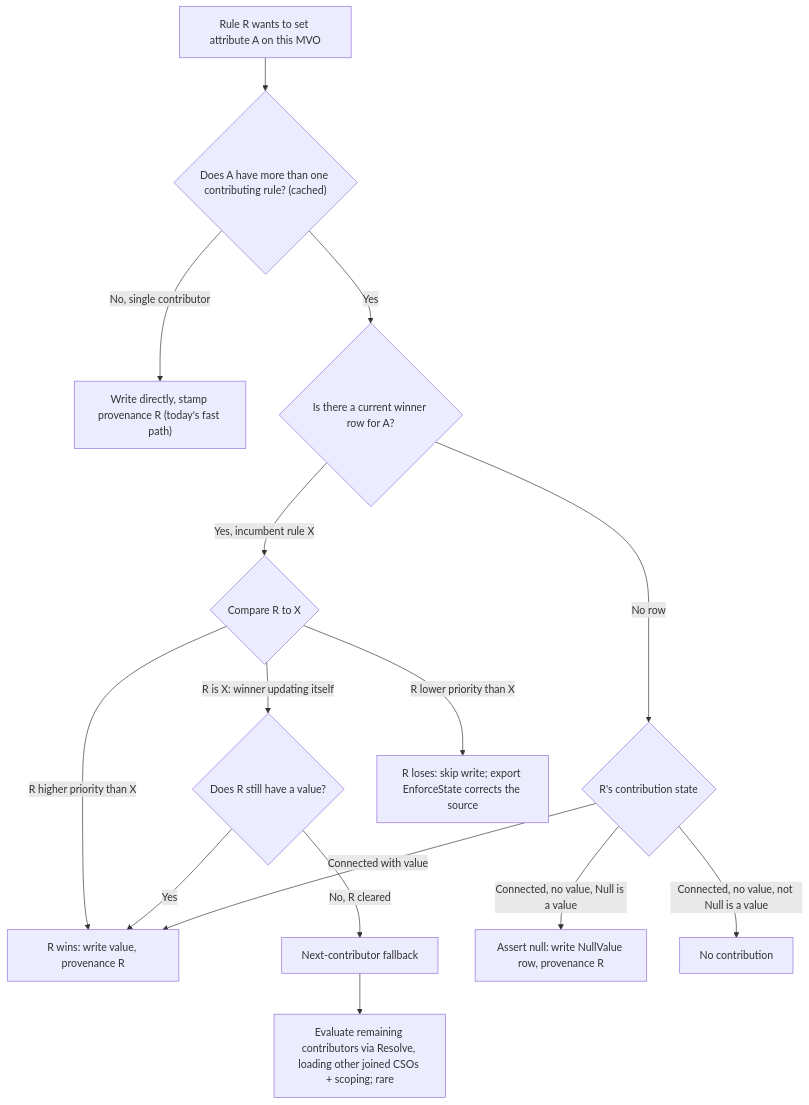
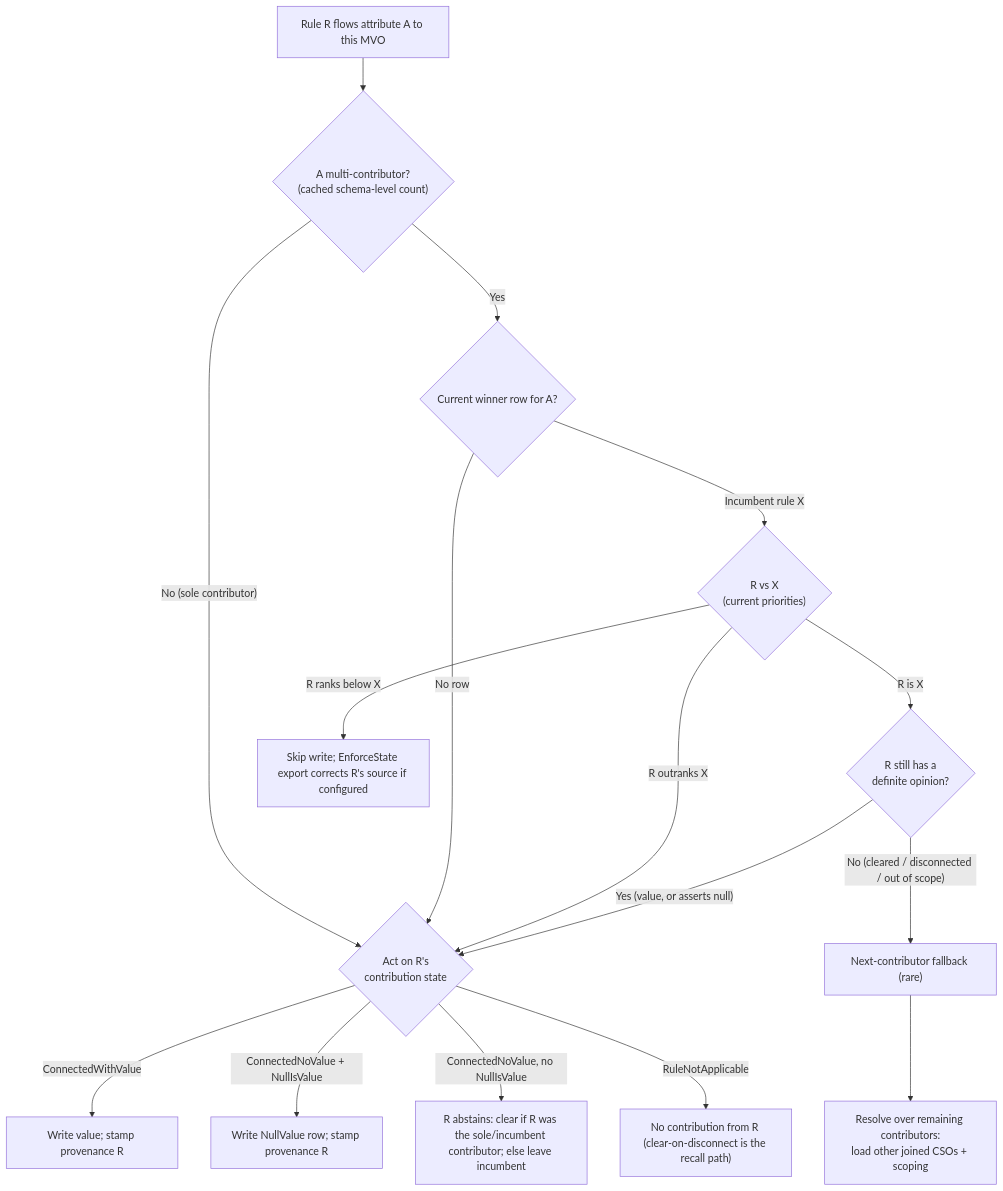
The third of 4 diagrams in engineering/plans/doing/ATTRIBUTE_PRIORITY.md (TetronIO/JIM), drawn with Mermaid before and after one commit. The commit also changed other lines of this file, not shown here.

Commit message:
Attribute priority (#91): correct Phase 2 decision-tree (tri-state on every winner branch)
Max-effort re-read of the engine-integration design surfaced a correctness
gap in the per-contribution decision tree: it dispatched on the value /
assert-null / abstain tri-state only on the 'no incumbent row' branch, while
the single-contributor and 'R outranks incumbent' branches assumed R had a
value. That silently drops the headline 'clears must propagate' case, where a
higher-priority NullIsValue assertion must overwrite a lower-priority incumbent
value with a NullValue row.

Refactor the diagram around a single ACT node that applies outcome semantics
for every winner path, and make explicit that priority comparison decides only
whether R wins while R's tri-state decides what winning writes (the invariant
that keeps the inline fast path equivalent to AttributePriorityService.Resolve).
Also: add incumbent rule/mapping deletion as a fallback trigger; note the
within-run eventual-consistency of the fallback; soften the perf claims
(single-contributor still stamps provenance; rare retraction can add a
transient write).

Claude-Session: https://claude.ai/code/session_012CKHnGWzwstb6GiJF1RCky

````diff
--- a/engineering/plans/doing/ATTRIBUTE_PRIORITY.md
+++ b/engineering/plans/doing/ATTRIBUTE_PRIORITY.md
@@ -502,17 +502,18 @@
 ```mermaid
 flowchart TD
-    S["Rule R wants to set attribute A on this MVO"] --> M{"Does A have more than one contributing rule? (cached)"}
-    M -- "No, single contributor" --> W["Write directly, stamp provenance R (today's fast path)"]
-    M -- "Yes" --> I{"Is there a current winner row for A?"}
-    I -- "No row" --> RC{"R's contribution state"}
-    I -- "Yes, incumbent rule X" --> CMP{"Compare R to X"}
-    CMP -- "R is X: winner updating itself" --> RU{"Does R still have a value?"}
-    CMP -- "R higher priority than X" --> RWIN["R wins: write value, provenance R"]
-    CMP -- "R lower priority than X" --> RLOSE["R loses: skip write; export EnforceState corrects the source"]
-    RU -- "Yes" --> RWIN
-    RU -- "No, R cleared" --> FB["Next-contributor fallback"]
-    RC -- "Connected with value" --> RWIN
-    RC -- "Connected, no value, Null is a value" --> AN["Assert null: write NullValue row, provenance R"]
-    RC -- "Connected, no value, not Null is a value" --> NOOP["No contribution"]
-    FB --> RES["Evaluate remaining contributors via Resolve, loading other joined CSOs + scoping; rare"]
+    S["Rule R flows attribute A to this MVO"] --> M{"A multi-contributor?<br/>(cached schema-level count)"}
+    M -- "No (sole contributor)" --> ACT
+    M -- "Yes" --> I{"Current winner row for A?"}
+    I -- "No row" --> ACT
+    I -- "Incumbent rule X" --> CMP{"R vs X<br/>(current priorities)"}
+    CMP -- "R is X" --> RU{"R still has a<br/>definite opinion?"}
+    CMP -- "R outranks X" --> ACT
+    CMP -- "R ranks below X" --> LOSE["Skip write; EnforceState export corrects R's source if configured"]
+    RU -- "Yes (value, or asserts null)" --> ACT
+    RU -- "No (cleared / disconnected / out of scope)" --> FB["Next-contributor fallback (rare)"]
+    FB --> RES["Resolve over remaining contributors:<br/>load other joined CSOs + scoping"]
+    ACT{"Act on R's<br/>contribution state"} -- "ConnectedWithValue" --> WV["Write value; stamp provenance R"]
+    ACT -- "ConnectedNoValue + NullIsValue" --> WN["Write NullValue row; stamp provenance R"]
+    ACT -- "ConnectedNoValue, no NullIsValue" --> AB["R abstains: clear if R was the sole/incumbent contributor; else leave incumbent"]
+    ACT -- "RuleNotApplicable" --> NC["No contribution from R (clear-on-disconnect is the recall path)"]
 ```
````
